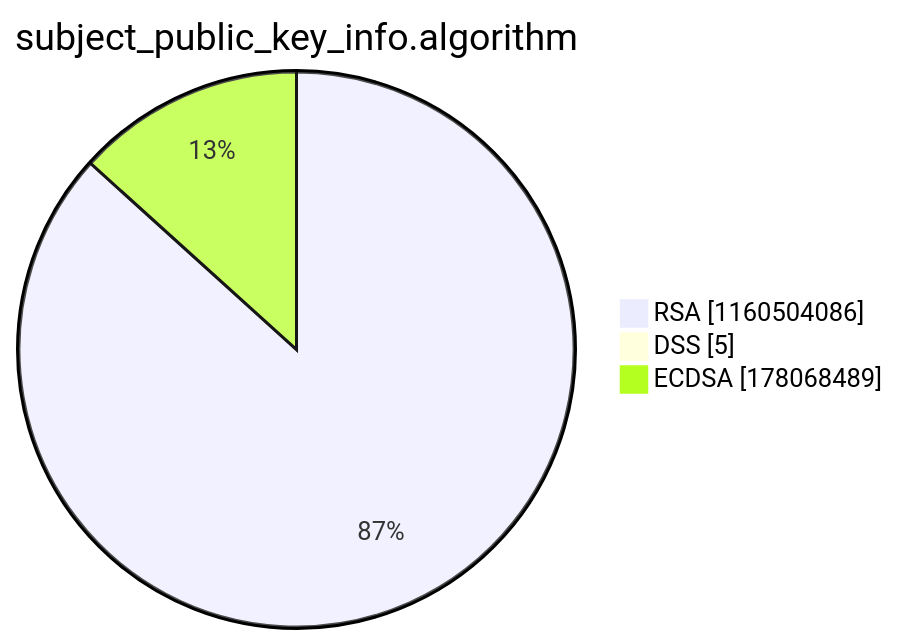
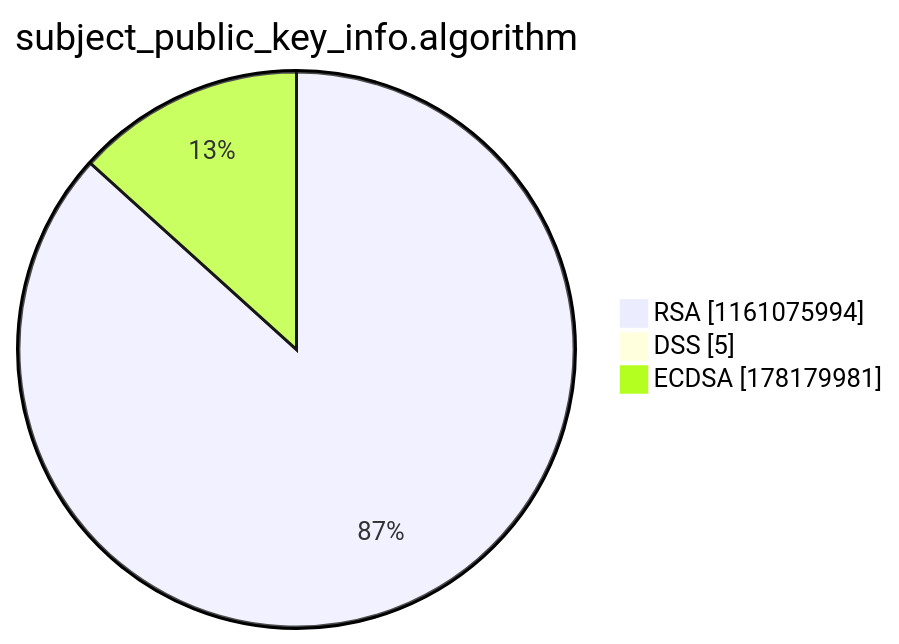
One commit to christiankrug/ctmonitor_visualization changed the third of 15 diagrams in argon2022/README.md. Above: the diagram before and after it, drawn with Mermaid. The commit also changed other lines of this file, not shown here.

````diff
--- a/argon2022/README.md
+++ b/argon2022/README.md
@@ -14,7 +14,7 @@
 ```mermaid
 pie showData
 title subject_public_key_info.algorithm
-"RSA" :1160504086
+"RSA" :1161075994
 "DSS" :5
-"ECDSA" :178068489
+"ECDSA" :178179981
 ```
````
